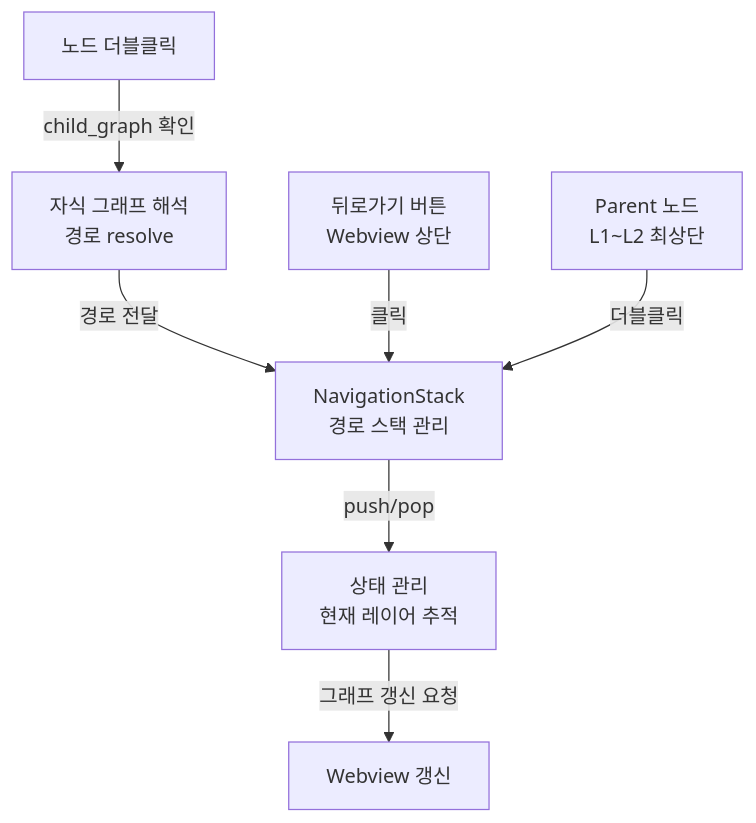
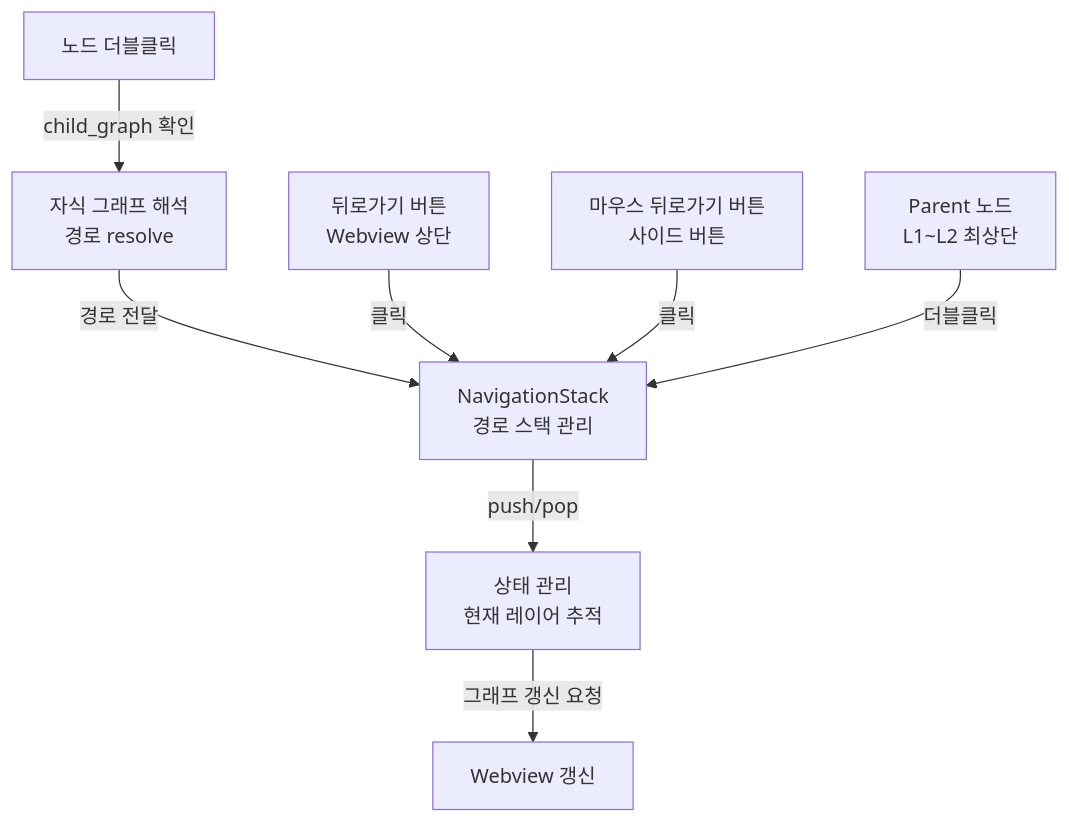
One commit to devman-kr/vscode-gdd-framework-preview changed the diagram in graph/viewer/L2-navigation.mermaid. Above: the diagram before and after it, drawn with Mermaid. The commit also changed 23 other files, not shown here.

First line of the commit message:
Add zoom/pan and mouse back button navigation to Viewer

```diff
--- a/graph/viewer/L2-navigation.mermaid
+++ b/graph/viewer/L2-navigation.mermaid
@@ -1,7 +1,8 @@
 graph TD
     NodeDblClick[노드 더블클릭] -->|child_graph 확인| ChildResolver[자식 그래프 해석<br/>경로 resolve]
     ChildResolver -->|경로 전달| NavigationStack[NavigationStack<br/>경로 스택 관리]
     BackButton[뒤로가기 버튼<br/>Webview 상단] -->|클릭| NavigationStack
+    MouseNavButton[마우스 뒤로가기 버튼<br/>사이드 버튼] -->|클릭| NavigationStack
     ParentNode[Parent 노드<br/>L1~L2 최상단] -->|더블클릭| NavigationStack
     NavigationStack -->|push/pop| StateManager[상태 관리<br/>현재 레이어 추적]
     StateManager -->|그래프 갱신 요청| WebviewUpdate[Webview 갱신]
```
